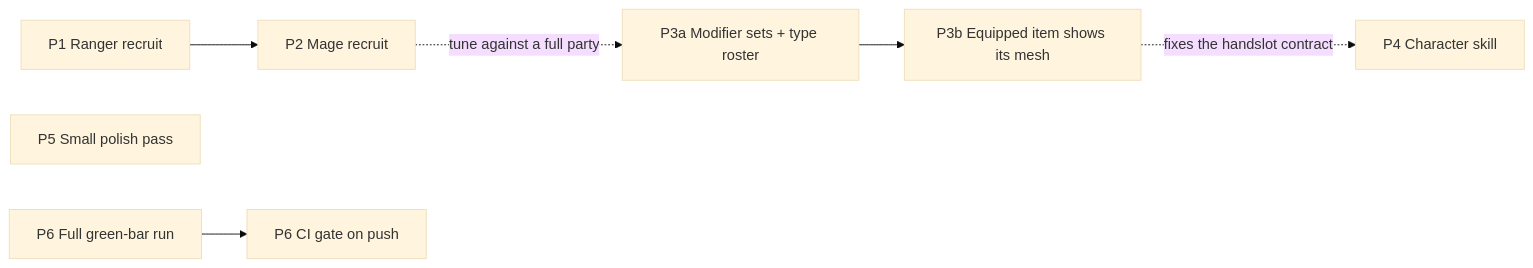
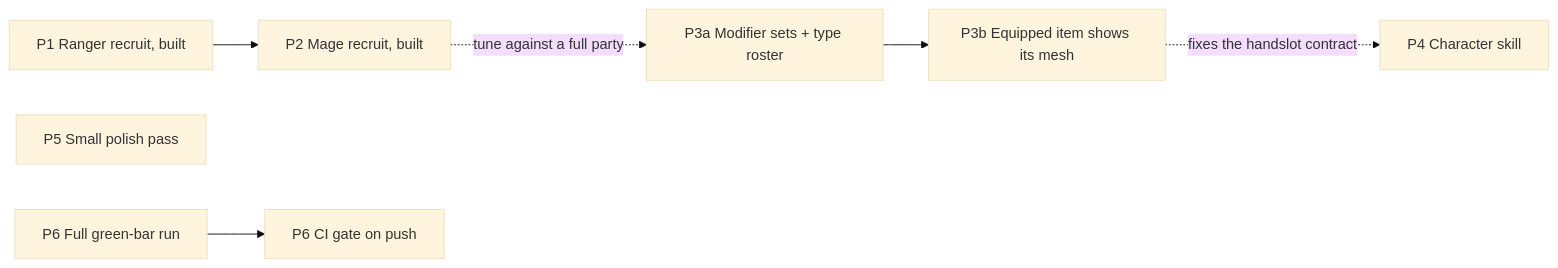
Before and after one commit to DarkCascade/Sir-Fish: the diagram in design documents/Sir Fish - Backlog.md, drawn with Mermaid (base theme). The commit also changed other lines of this file and 8 other files, not shown here.

````diff
--- a/design documents/Sir Fish - Backlog.md
+++ b/design documents/Sir Fish - Backlog.md
@@ -28,9 +31,9 @@
 ```mermaid
 flowchart LR
-  P1[P1 Ranger recruit] --> P2[P2 Mage recruit]
+  P1[P1 Ranger recruit, built] --> P2[P2 Mage recruit, built]
   P2 -. tune against a full party .-> P3a[P3a Modifier sets + type roster]
   P3a --> P3b[P3b Equipped item shows its mesh]
   P3b -. fixes the handslot contract .-> P4[P4 Character skill]
   P5[P5 Small polish pass]
   P6a[P6 Full green-bar run] --> P6b[P6 CI gate on push]
 ```
````
